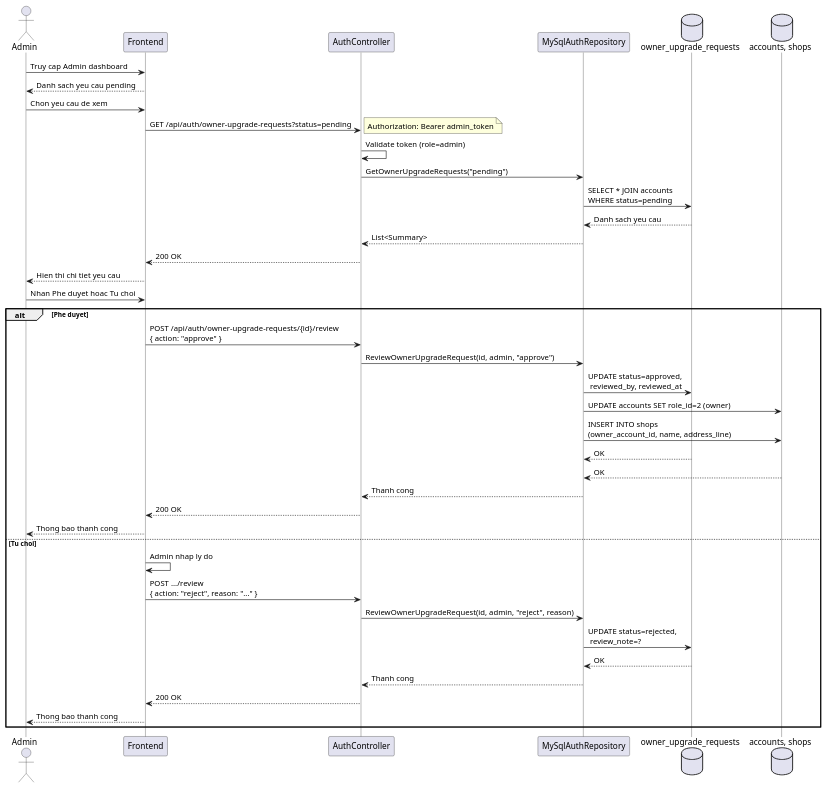
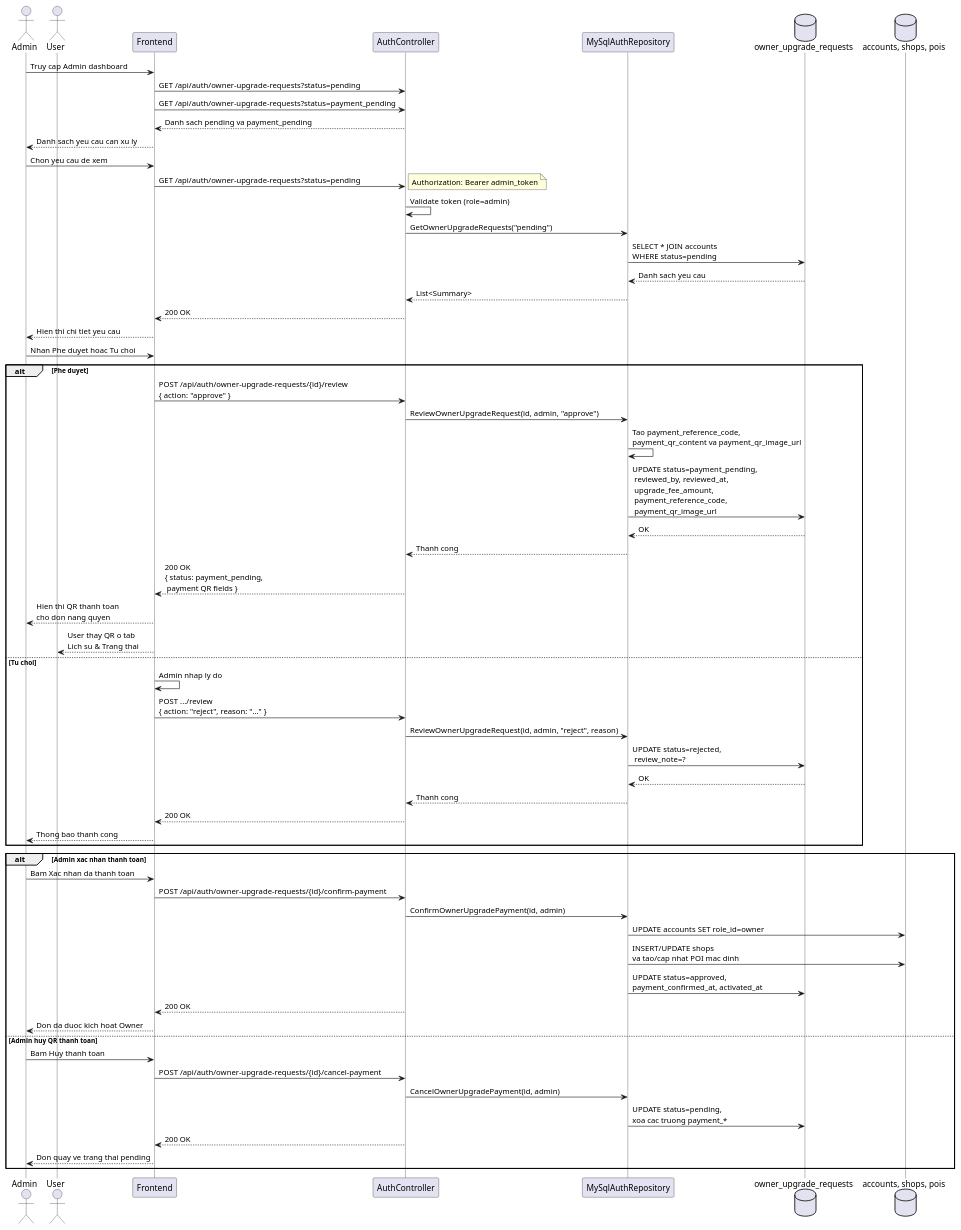
Before and after one commit to MinhMafia/DiDuDuaDi: the diagram in Đặc tả wed/sequence_22_admin_review_upgrade.puml, drawn with PlantUML. The commit also changed 18 other files, not shown here.

```diff
--- a/Đặc tả wed/sequence_22_admin_review_upgrade.puml
+++ b/Đặc tả wed/sequence_22_admin_review_upgrade.puml
@@ -1,63 +1,83 @@
 @startuml sequence_22_admin_review_upgrade
 skinparam backgroundColor White
 skinparam sequenceFontSize 11
 skinparam sequenceFontName "Times New Roman"
 skinparam lifelineStrategy nosolid
 
 actor Admin
+actor User
 participant "Frontend" as FE
 participant "AuthController" as Ctrl
 participant "MySqlAuthRepository" as Repo
 database "owner_upgrade_requests" as DB1
-database "accounts, shops" as DB2
+database "accounts, shops, pois" as DB2
 
 Admin -> FE: Truy cap Admin dashboard
-FE --> Admin: Danh sach yeu cau pending
+FE -> Ctrl: GET /api/auth/owner-upgrade-requests?status=pending
+FE -> Ctrl: GET /api/auth/owner-upgrade-requests?status=payment_pending
+Ctrl --> FE: Danh sach pending va payment_pending
+FE --> Admin: Danh sach yeu cau can xu ly
 
 Admin -> FE: Chon yeu cau de xem
 FE -> Ctrl: GET /api/auth/owner-upgrade-requests?status=pending
 note right
   Authorization: Bearer admin_token
 end note
 
 Ctrl -> Ctrl: Validate token (role=admin)
 
 Ctrl -> Repo: GetOwnerUpgradeRequests("pending")
 Repo -> DB1: SELECT * JOIN accounts\nWHERE status=pending
 DB1 --> Repo: Danh sach yeu cau
 Repo --> Ctrl: List<Summary>
 Ctrl --> FE: 200 OK
 FE --> Admin: Hien thi chi tiet yeu cau
 
 Admin -> FE: Nhan Phe duyet hoac Tu choi
 
 alt Phe duyet
   FE -> Ctrl: POST /api/auth/owner-upgrade-requests/{id}/review\n{ action: "approve" }
   
   Ctrl -> Repo: ReviewOwnerUpgradeRequest(id, admin, "approve")
   
-  Repo -> DB1: UPDATE status=approved,\n reviewed_by, reviewed_at
-  
-  Repo -> DB2: UPDATE accounts SET role_id=2 (owner)
-  Repo -> DB2: INSERT INTO shops\n(owner_account_id, name, address_line)
+  Repo -> Repo: Tao payment_reference_code,\npayment_qr_content va payment_qr_image_url
+  Repo -> DB1: UPDATE status=payment_pending,\n reviewed_by, reviewed_at,\n upgrade_fee_amount,\n payment_reference_code,\n payment_qr_image_url
   
   DB1 --> Repo: OK
-  DB2 --> Repo: OK
   Repo --> Ctrl: Thanh cong
-  Ctrl --> FE: 200 OK
-  FE --> Admin: Thong bao thanh cong
+  Ctrl --> FE: 200 OK\n{ status: payment_pending,\n payment QR fields }
+  FE --> Admin: Hien thi QR thanh toan\ncho don nang quyen
+  FE --> User: User thay QR o tab\nLich su & Trang thai
   
 else Tu choi
   FE -> FE: Admin nhap ly do
   
   FE -> Ctrl: POST .../review\n{ action: "reject", reason: "..." }
   
   Ctrl -> Repo: ReviewOwnerUpgradeRequest(id, admin, "reject", reason)
   Repo -> DB1: UPDATE status=rejected,\n review_note=?
   DB1 --> Repo: OK
   Repo --> Ctrl: Thanh cong
   Ctrl --> FE: 200 OK
   FE --> Admin: Thong bao thanh cong
 end
 
+alt Admin xac nhan thanh toan
+  Admin -> FE: Bam Xac nhan da thanh toan
+  FE -> Ctrl: POST /api/auth/owner-upgrade-requests/{id}/confirm-payment
+  Ctrl -> Repo: ConfirmOwnerUpgradePayment(id, admin)
+  Repo -> DB2: UPDATE accounts SET role_id=owner
+  Repo -> DB2: INSERT/UPDATE shops\nva tao/cap nhat POI mac dinh
+  Repo -> DB1: UPDATE status=approved,\npayment_confirmed_at, activated_at
+  Ctrl --> FE: 200 OK
+  FE --> Admin: Don da duoc kich hoat Owner
+else Admin huy QR thanh toan
+  Admin -> FE: Bam Huy thanh toan
+  FE -> Ctrl: POST /api/auth/owner-upgrade-requests/{id}/cancel-payment
+  Ctrl -> Repo: CancelOwnerUpgradePayment(id, admin)
+  Repo -> DB1: UPDATE status=pending,\nxoa cac truong payment_*
+  Ctrl --> FE: 200 OK
+  FE --> Admin: Don quay ve trang thai pending
+end
+
 @enduml
```
